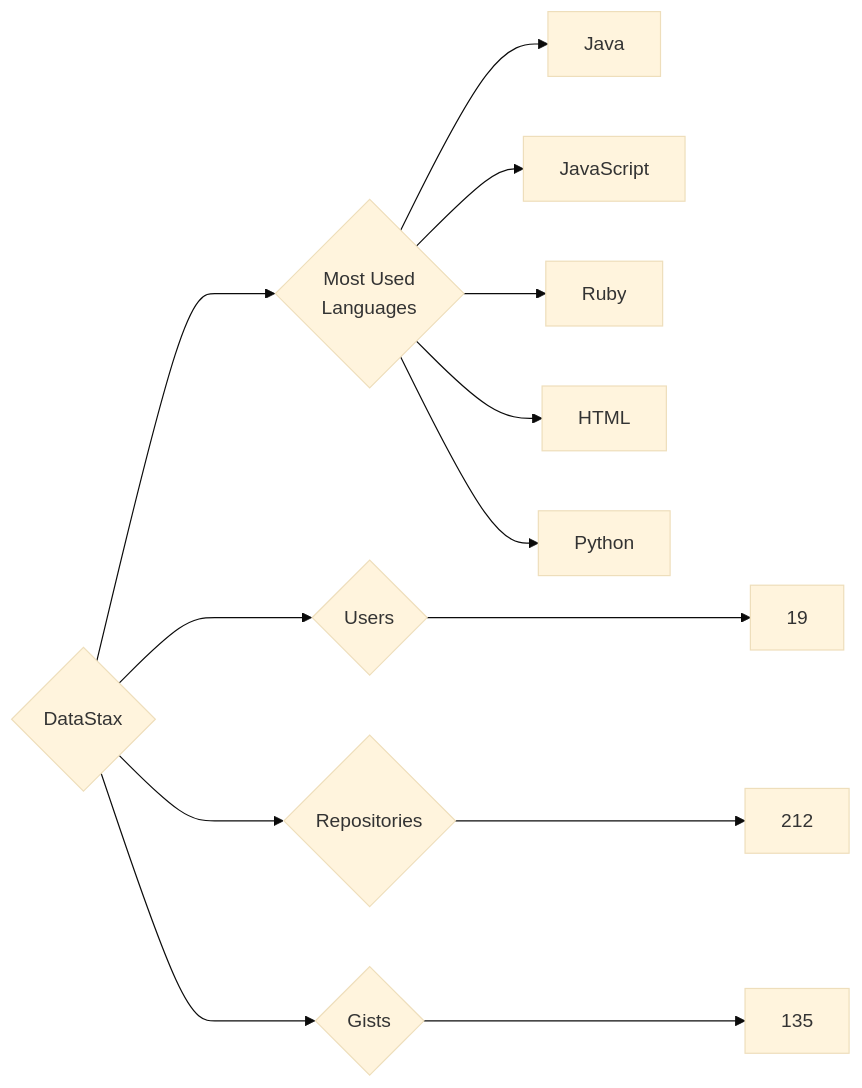
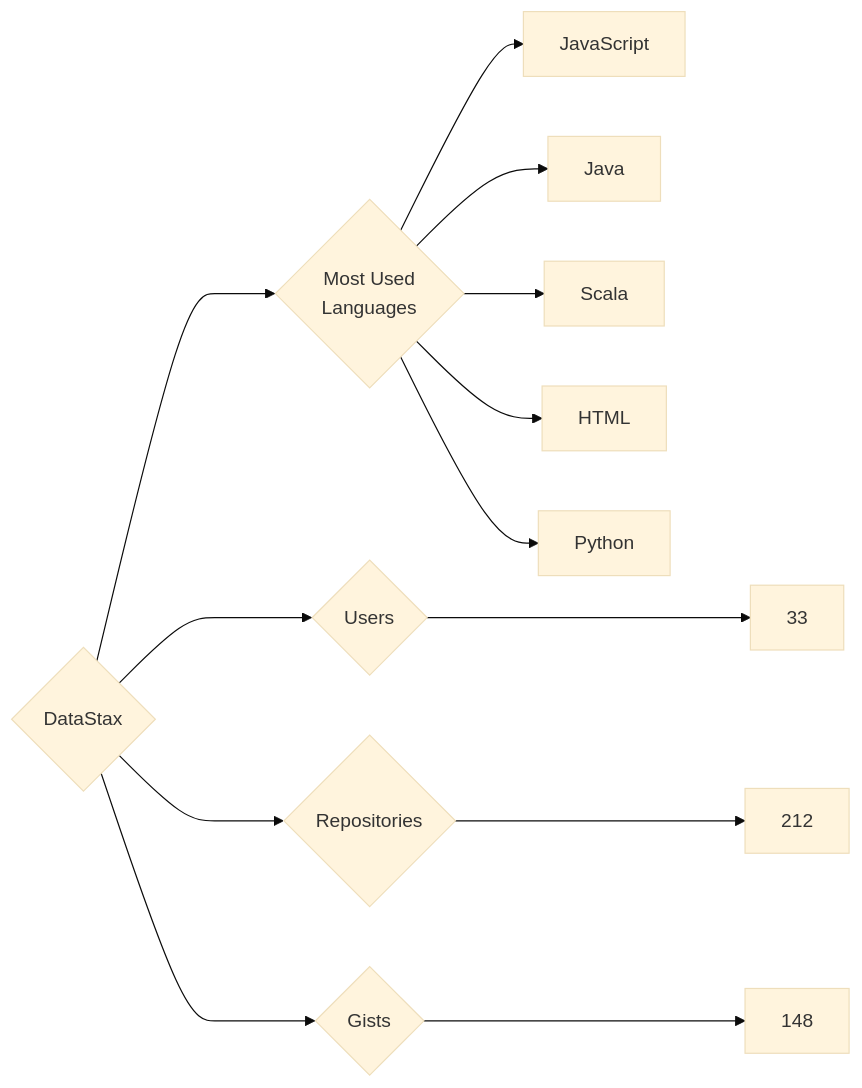
Before and after one commit to trickest/insiders: the diagram in targets/DataStax/README.md, drawn with Mermaid (base theme). The commit also changed 924 other files, not shown here.

````diff
--- a/targets/DataStax/README.md
+++ b/targets/DataStax/README.md
@@ -3,13 +3,13 @@
 ```mermaid
 graph LR
 COMPANY_NAME{DataStax}
-COMPANY_NAME ---> U{Users} ---> UN[19]
+COMPANY_NAME ---> U{Users} ---> UN[33]
 COMPANY_NAME ---> R{Repositories} ---> RN[212]
-COMPANY_NAME ---> G{Gists} ---> GN[135]
+COMPANY_NAME ---> G{Gists} ---> GN[148]
 COMPANY_NAME ---> ML{Most Used<br>Languages}
+ML --> JavaScript[JavaScript]
 ML --> Java[Java]
-ML --> JavaScript[JavaScript]
-ML --> Ruby[Ruby]
+ML --> Scala[Scala]
 ML --> HTML[HTML]
 ML --> Python[Python]
 ```
````
